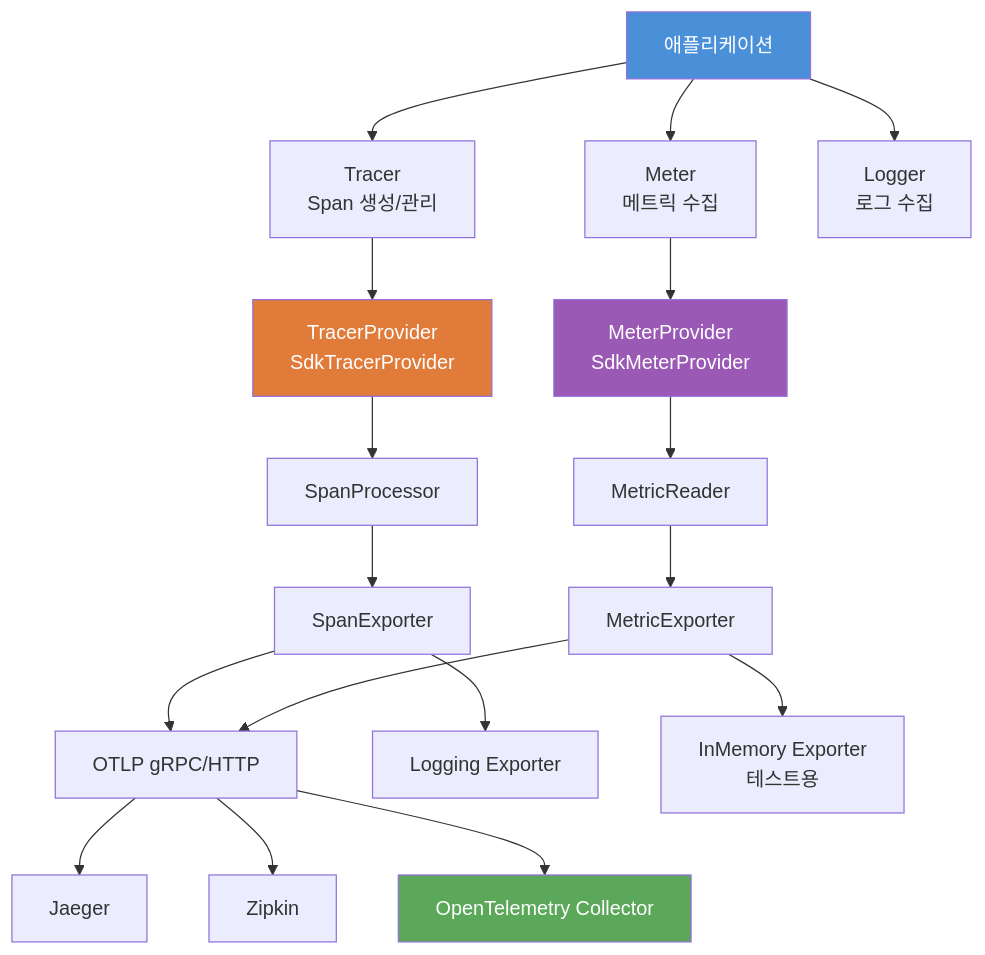
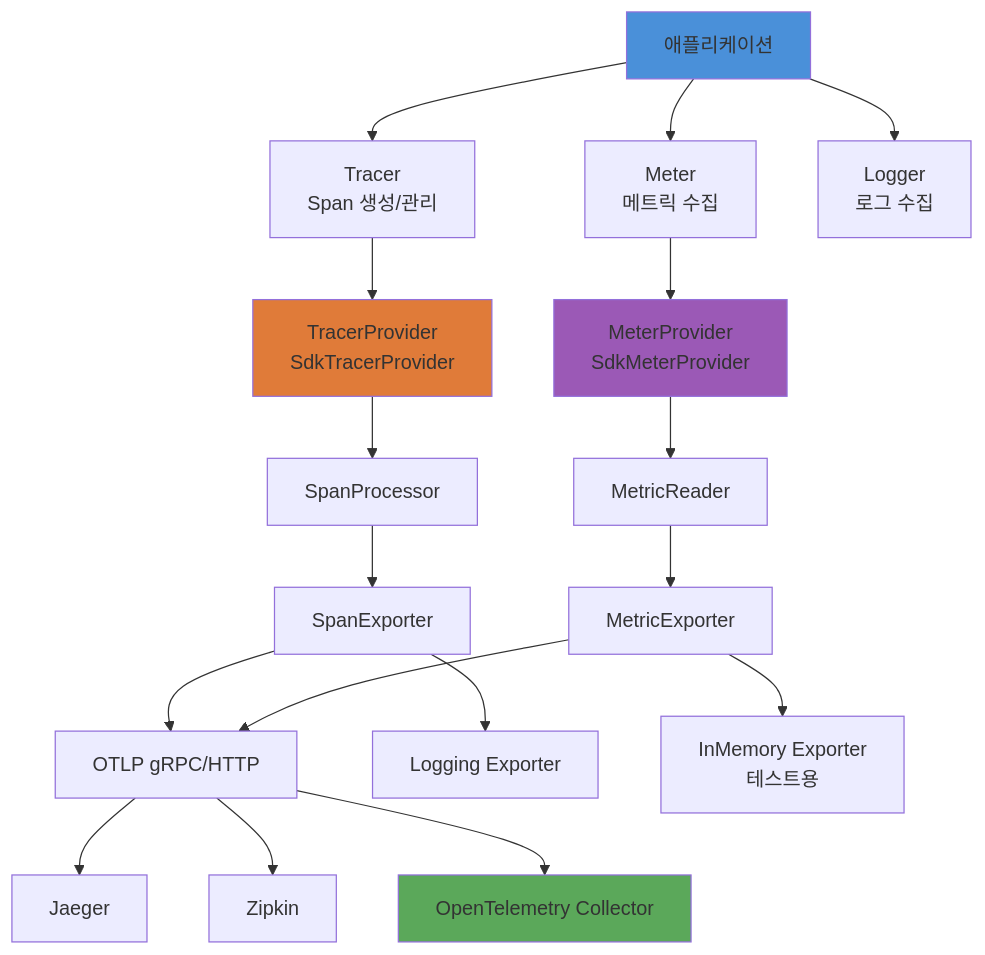
One commit to bluetape4k/bluetape4k-projects changed the first of 3 diagrams in infra/opentelemetry/README.md. Above: the diagram before and after it, drawn with Mermaid. The commit also changed other lines of this file and 74 other files, not shown here.

First line of the commit message:
docs: bluetape4k/core/coroutines/logging, io/feign~vertx README 색상 Mermaid UML 추가

````diff
--- a/infra/opentelemetry/README.md
+++ b/infra/opentelemetry/README.md
@@ -253,29 +253,29 @@
 ```mermaid
 flowchart TD
     App[애플리케이션] --> Tracer[Tracer<br/>Span 생성/관리]
     App --> Meter[Meter<br/>메트릭 수집]
     App --> Logger[Logger<br/>로그 수집]
 
     Tracer --> TP[TracerProvider<br/>SdkTracerProvider]
     Meter --> MP[MeterProvider<br/>SdkMeterProvider]
 
     TP --> SP[SpanProcessor]
     SP --> SE[SpanExporter]
 
     MP --> MR[MetricReader]
     MR --> ME[MetricExporter]
 
     SE --> OTLP[OTLP gRPC/HTTP]
     SE --> LogExp[Logging Exporter]
     ME --> OTLP
     ME --> InMem[InMemory Exporter<br/>테스트용]
 
     OTLP --> Jaeger[Jaeger]
     OTLP --> Zipkin[Zipkin]
     OTLP --> OtelCol[OpenTelemetry Collector]
 
-    style App fill:#4a90d9,color:#fff
-    style TP fill:#e07b39,color:#fff
-    style MP fill:#9b59b6,color:#fff
-    style OtelCol fill:#5ba85a,color:#fff
+    style App fill:#4a90d9
+    style TP fill:#e07b39
+    style MP fill:#9b59b6
+    style OtelCol fill:#5ba85a
 ```
````
